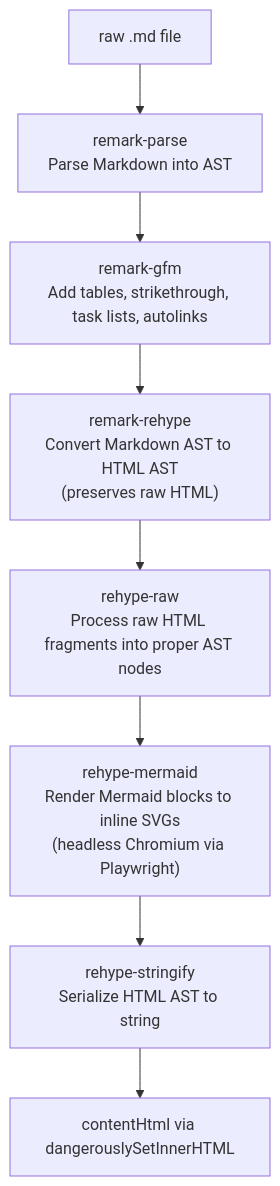
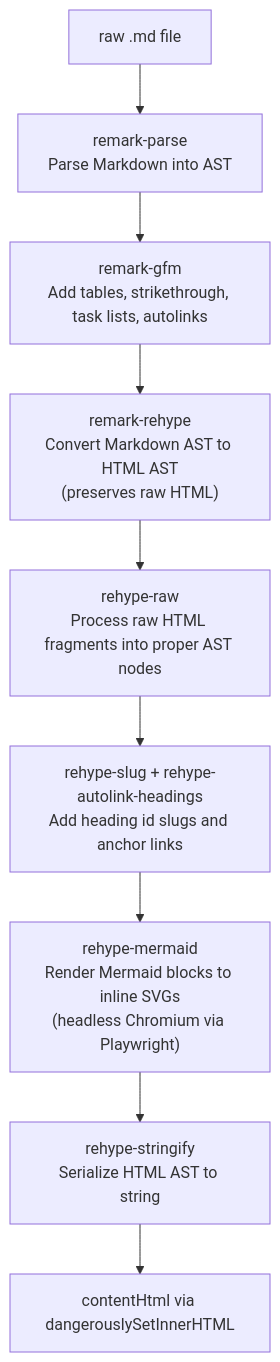
Before and after one commit to mrcloudchase/mrcloudchase-blog: the second of 3 diagrams in posts/2026-03-02-hello-world.md, drawn with Mermaid. The commit also changed other lines of this file and 3 other files, not shown here.

````diff
--- a/posts/2026-03-02-hello-world.md
+++ b/posts/2026-03-02-hello-world.md
@@ -83,10 +83,11 @@
 ```mermaid
 graph TD
     A["raw .md file"] --> B["remark-parse<br/>Parse Markdown into AST"]
     B --> C["remark-gfm<br/>Add tables, strikethrough, task lists, autolinks"]
     C --> D["remark-rehype<br/>Convert Markdown AST to HTML AST<br/>(preserves raw HTML)"]
     D --> E["rehype-raw<br/>Process raw HTML fragments into proper AST nodes"]
-    E --> F["rehype-mermaid<br/>Render Mermaid blocks to inline SVGs<br/>(headless Chromium via Playwright)"]
+    E --> E2["rehype-slug + rehype-autolink-headings<br/>Add heading id slugs and anchor links"]
+    E2 --> F["rehype-mermaid<br/>Render Mermaid blocks to inline SVGs<br/>(headless Chromium via Playwright)"]
     F --> G["rehype-stringify<br/>Serialize HTML AST to string"]
     G --> H["contentHtml via dangerouslySetInnerHTML"]
 ```
````
